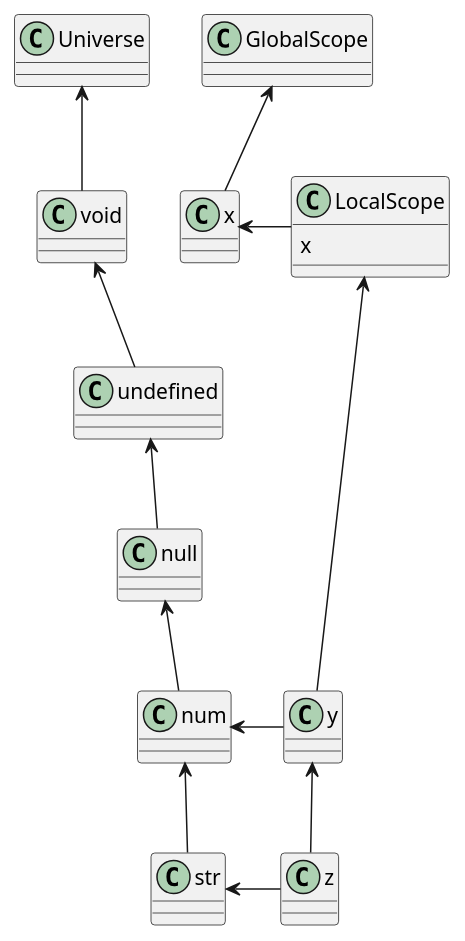
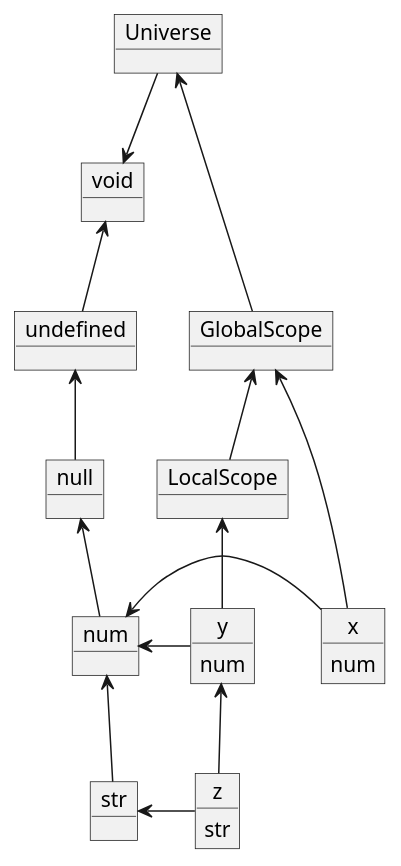
One commit to Kipper-Lang/Thesis changed the second of 2 diagrams in KipperReportJuly11.md. Above: the diagram before and after it, drawn with PlantUML. The commit also changed other lines of this file, not shown here.

Commit message:
refactored plantuml and added fabos and lunas changes

````diff
--- a/KipperReportJuly11.md
+++ b/KipperReportJuly11.md
@@ -75,38 +81,69 @@
 ```plantuml
 @startuml
-
-class Universe {
+object Universe {
     
 }
 
-Universe <-- void
+object GlobalScope {
+
+}
+
+object void {
+
+}
+
+object undefined {
+
+}
+
+object null {
+
+}
+
+object num {
+
+}
+
+object str {
+
+}
+
+object y {
+    num
+}
+
+object z {
+    str
+}
+
+object x {
+    num
+}
+
+object LocalScope {
+
+}
+
+Universe --> void
+Universe <- GlobalScope
+
+
 void <-- undefined
 undefined <-- null
 null <-- num
 num <-- str
 
-class GlobalScope {
-    
-}
-
-Universe -[hidden] GlobalScope
 
 GlobalScope <-- x
+num <- x
 
-class LocalScope {
-    x
-}
-
-GlobalScope -[hidden] LocalScope
-
-x <-right- LocalScope
-
+GlobalScope <-- LocalScope
 
 LocalScope <-- y
 y <-- z
 
-num <-right- y
-str <-right- z
+num <- y
+str <- z
 
 @enduml
 ```
````
